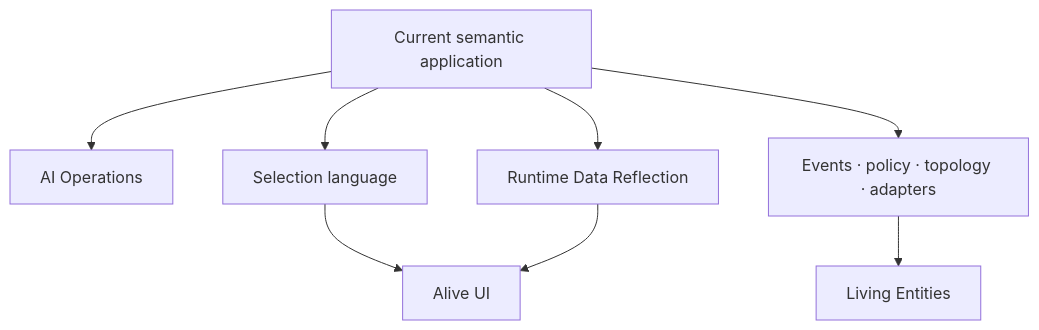
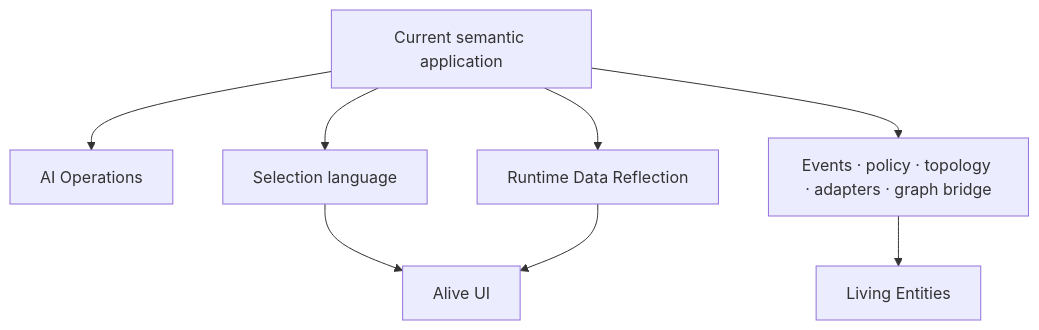
The diagram in library/02-ontahi-for-developers/05-further-directions/01-further-directions.md (javifernandes/ontahi-library), drawn with Mermaid before and after one commit. The commit also changed other lines of this file and 6 other files, not shown here.

Commit message:
Document runtime-bound data graph execution

````diff
--- a/library/02-ontahi-for-developers/05-further-directions/01-further-directions.md
+++ b/library/02-ontahi-for-developers/05-further-directions/01-further-directions.md
@@ -43,10 +46,10 @@
 ```mermaid
 flowchart TB
   Base["Current semantic application"] --> AI["AI Operations"]
   Base --> Selection["Selection language"]
   Base --> DataReflection["Runtime Data Reflection"]
   Selection --> Alive["Alive UI"]
   DataReflection --> Alive
-  Base --> SystemDirections["Events · policy · topology · adapters"]
+  Base --> SystemDirections["Events · policy · topology · adapters · graph bridge"]
   SystemDirections --> Living["Living Entities"]
 ```
````
